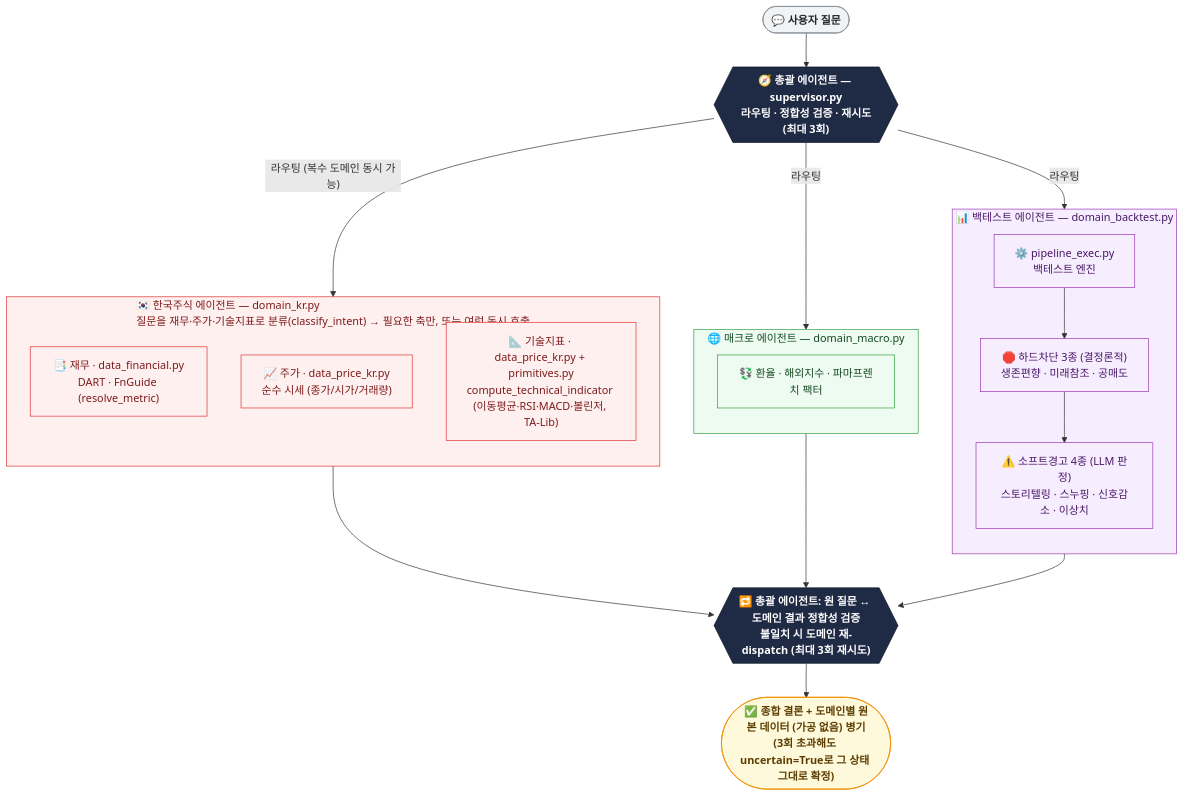
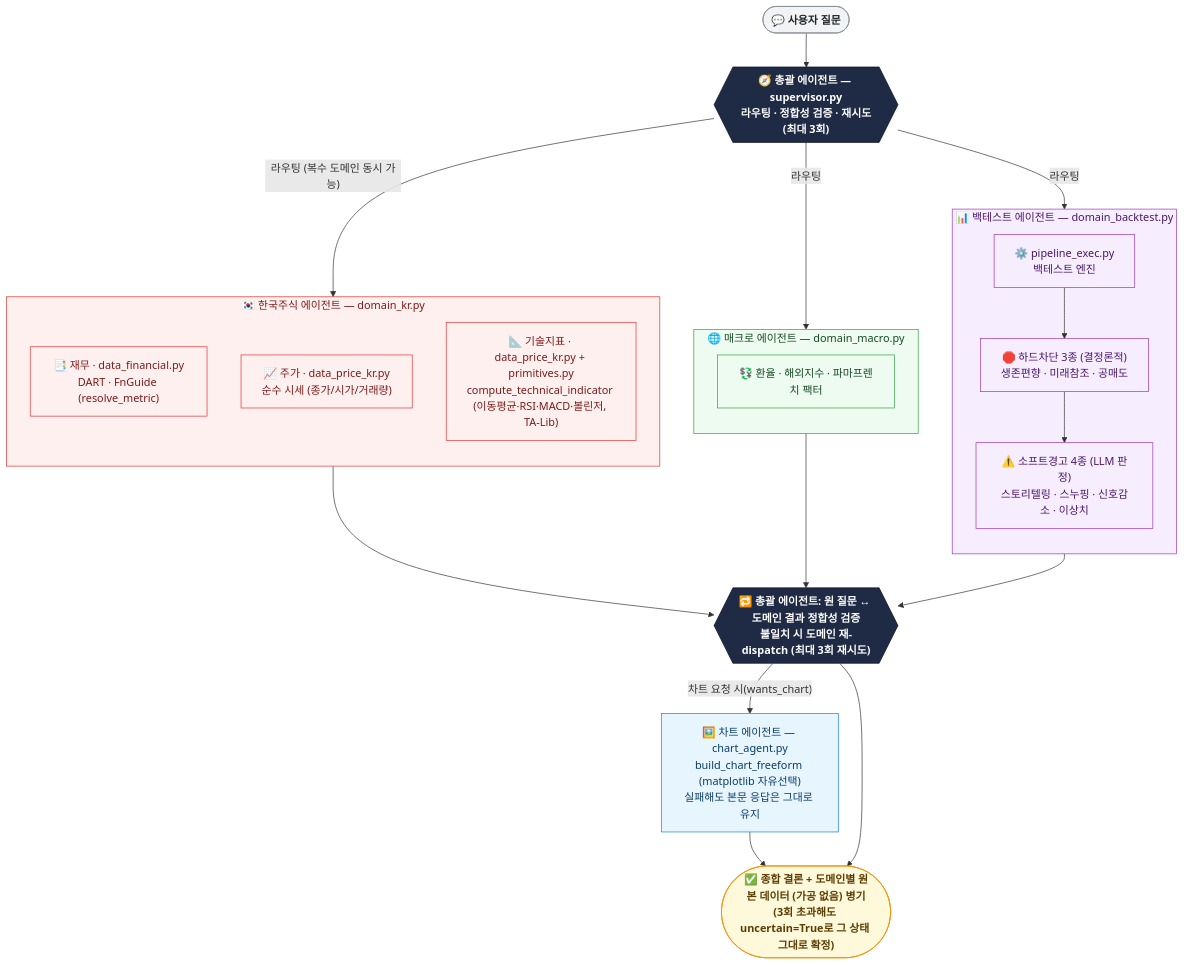
One commit to sonjong980304-tech/quant-assistant changed the diagram in README.md. Above: the diagram before and after it, drawn with Mermaid. The commit also changed other lines of this file and 1 other file, not shown here.

````diff
--- a/README.md
+++ b/README.md
@@ -113,54 +132,61 @@
 ```mermaid
 flowchart TB
     Q(["💬 사용자 질문"])
     SUP{{"🧭 총괄 에이전트 — supervisor.py<br/>라우팅 · 정합성 검증 · 재시도(최대 3회)"}}
 
     Q --> SUP
 
-    subgraph KR_BOX["🇰🇷 한국주식 에이전트 — domain_kr.py<br/>질문을 재무·주가·기술지표로 분류(classify_intent) → 필요한 축만, 또는 여럿 동시 호출"]
+    subgraph KR_BOX["🇰🇷 한국주식 에이전트 — domain_kr.py"]
         direction TB
         KR_FIN["📑 재무 · data_financial.py<br/>DART · FnGuide (resolve_metric)"]
         KR_PRICE["📈 주가 · data_price_kr.py<br/>순수 시세 (종가/시가/거래량)"]
         KR_TECH["📐 기술지표 · data_price_kr.py + primitives.py<br/>compute_technical_indicator (이동평균·RSI·MACD·볼린저, TA-Lib)"]
     end
 
     subgraph MACRO_BOX["🌐 매크로 에이전트 — domain_macro.py"]
         direction TB
         MACRO_DATA["💱 환율 · 해외지수 · 파마프렌치 팩터"]
     end
 
     subgraph BT_BOX["📊 백테스트 에이전트 — domain_backtest.py"]
         direction TB
         BT_PIPE["⚙️ pipeline_exec.py<br/>백테스트 엔진"]
         BT_HARD["🛑 하드차단 3종 (결정론적)<br/>생존편향 · 미래참조 · 공매도"]
         BT_SOFT["⚠️ 소프트경고 4종 (LLM 판정)<br/>스토리텔링 · 스누핑 · 신호감소 · 이상치"]
         BT_PIPE --> BT_HARD --> BT_SOFT
     end
 
     SUP -->|"라우팅 (복수 도메인 동시 가능)"| KR_BOX
     SUP -->|라우팅| MACRO_BOX
     SUP -->|라우팅| BT_BOX
 
     KR_BOX --> VERIFY
     MACRO_BOX --> VERIFY
     BT_BOX --> VERIFY
 
     VERIFY{{"🔁 총괄 에이전트: 원 질문 ↔ 도메인 결과 정합성 검증<br/>불일치 시 도메인 재-dispatch (최대 3회 재시도)"}}
+
+    CHART["🖼️ 차트 에이전트 — chart_agent.py<br/>build_chart_freeform (matplotlib 자유선택)<br/>실패해도 본문 응답은 그대로 유지"]
+
+    VERIFY -->|"차트 요청 시(wants_chart)"| CHART
+    CHART --> RESULT
+    VERIFY --> RESULT
+
     RESULT(["✅ 종합 결론 + 도메인별 원본 데이터 (가공 없음) 병기<br/>(3회 초과해도 uncertain=True로 그 상태 그대로 확정)"])
-
-    VERIFY --> RESULT
 
     classDef q fill:#f1f3f5,stroke:#868e96,color:#212529,font-weight:bold
     classDef sup fill:#1f2a44,stroke:#0d1424,color:#ffffff,font-weight:bold
     classDef result fill:#fff9db,stroke:#f08c00,color:#5c3d00,font-weight:bold
     classDef kr fill:#fff0f0,stroke:#e03131,color:#7d1a1a
     classDef macro fill:#eefbf0,stroke:#2f9e44,color:#164a24
     classDef bt fill:#f6eeff,stroke:#9c36b5,color:#4a1766
+    classDef chart fill:#e7f5ff,stroke:#1c7ed6,color:#0b3d66
 
     class Q q
     class SUP,VERIFY sup
     class RESULT result
     class KR_BOX,KR_FIN,KR_PRICE,KR_TECH kr
     class MACRO_BOX,MACRO_DATA macro
     class BT_BOX,BT_PIPE,BT_HARD,BT_SOFT bt
+    class CHART chart
 ```
````
